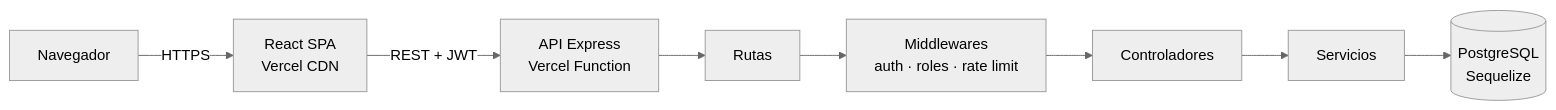
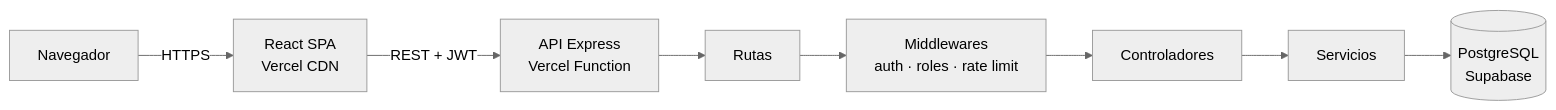
One commit to lino07w/sistema-clinica changed the diagram in README.md. Above: the diagram before and after it, drawn with Mermaid (neutral theme). The commit also changed other lines of this file, not shown here.

First line of the commit message:
docs: documentar la base de datos en Supabase

````diff
--- a/README.md
+++ b/README.md
@@ -61,6 +61,6 @@
 ```mermaid
 flowchart LR
   U[Navegador] -->|HTTPS| F[React SPA<br/>Vercel CDN]
   F -->|REST + JWT| A[API Express<br/>Vercel Function]
-  A --> R[Rutas] --> M[Middlewares<br/>auth · roles · rate limit] --> C[Controladores] --> S[Servicios] --> O[(PostgreSQL<br/>Sequelize)]
+  A --> R[Rutas] --> M[Middlewares<br/>auth · roles · rate limit] --> C[Controladores] --> S[Servicios] --> O[(PostgreSQL<br/>Supabase)]
 ```
````
